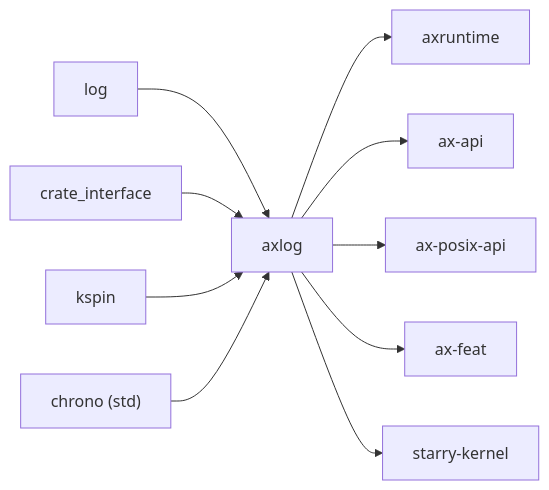
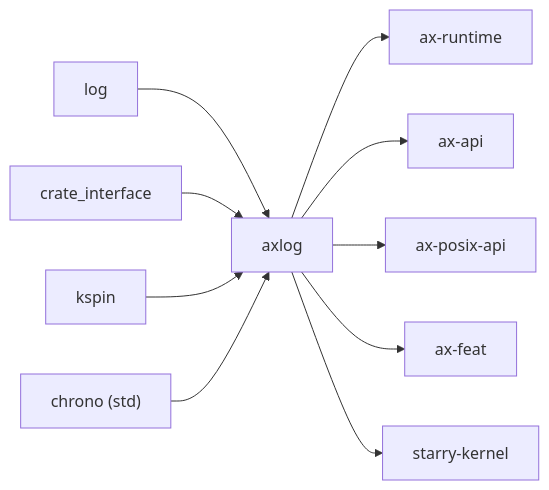
Before and after one commit to zKurisu/tgoskits: the second of 2 diagrams in docs/crates/axlog.md, drawn with Mermaid. The commit also changed other lines of this file and 69 other files, not shown here.

Commit message:
rename axruntime to ax-runtime

````diff
--- a/docs/crates/axlog.md
+++ b/docs/crates/axlog.md
@@ -78,13 +78,13 @@
 ```mermaid
 graph LR
     log["log"] --> axlog["axlog"]
     crate_interface["crate_interface"] --> axlog
     kspin["kspin"] --> axlog
     chrono["chrono (std)"] --> axlog
 
-    axlog --> axruntime["axruntime"]
+    axlog --> ax-runtime["ax-runtime"]
     axlog --> ax-api["ax-api"]
     axlog --> arceos_posix["ax-posix-api"]
     axlog --> ax-feat["ax-feat"]
     axlog --> starry_kernel["starry-kernel"]
 ```
````
